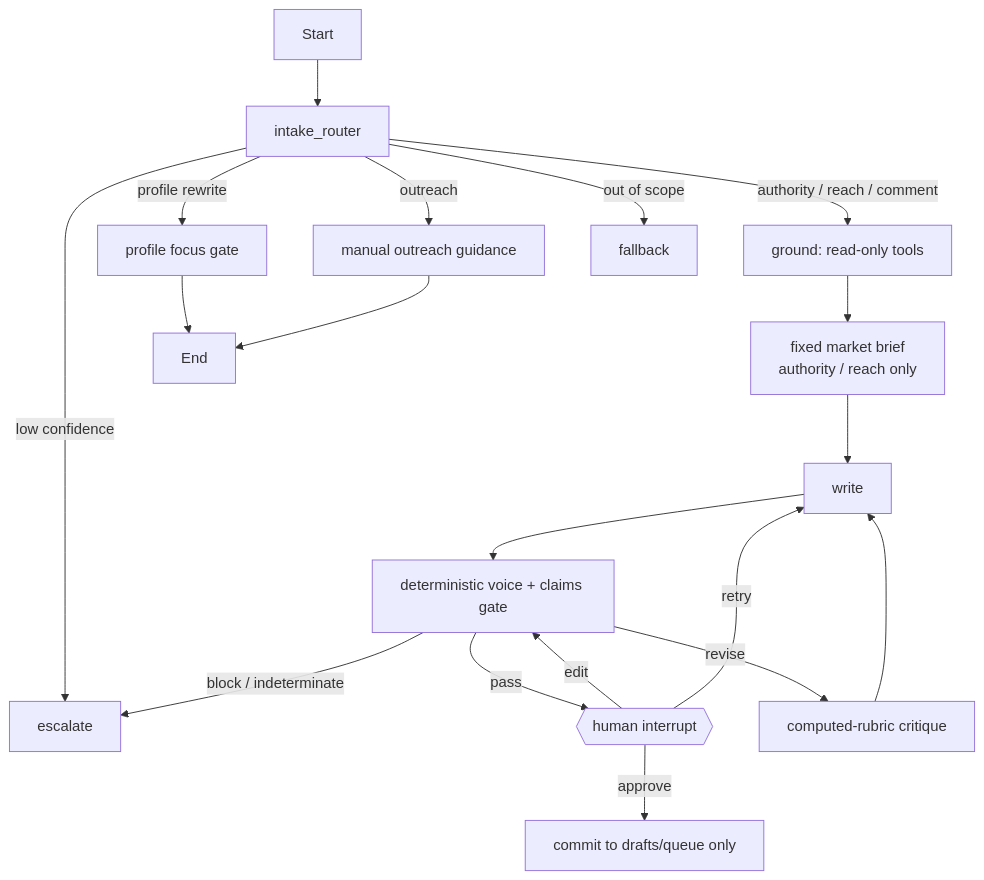
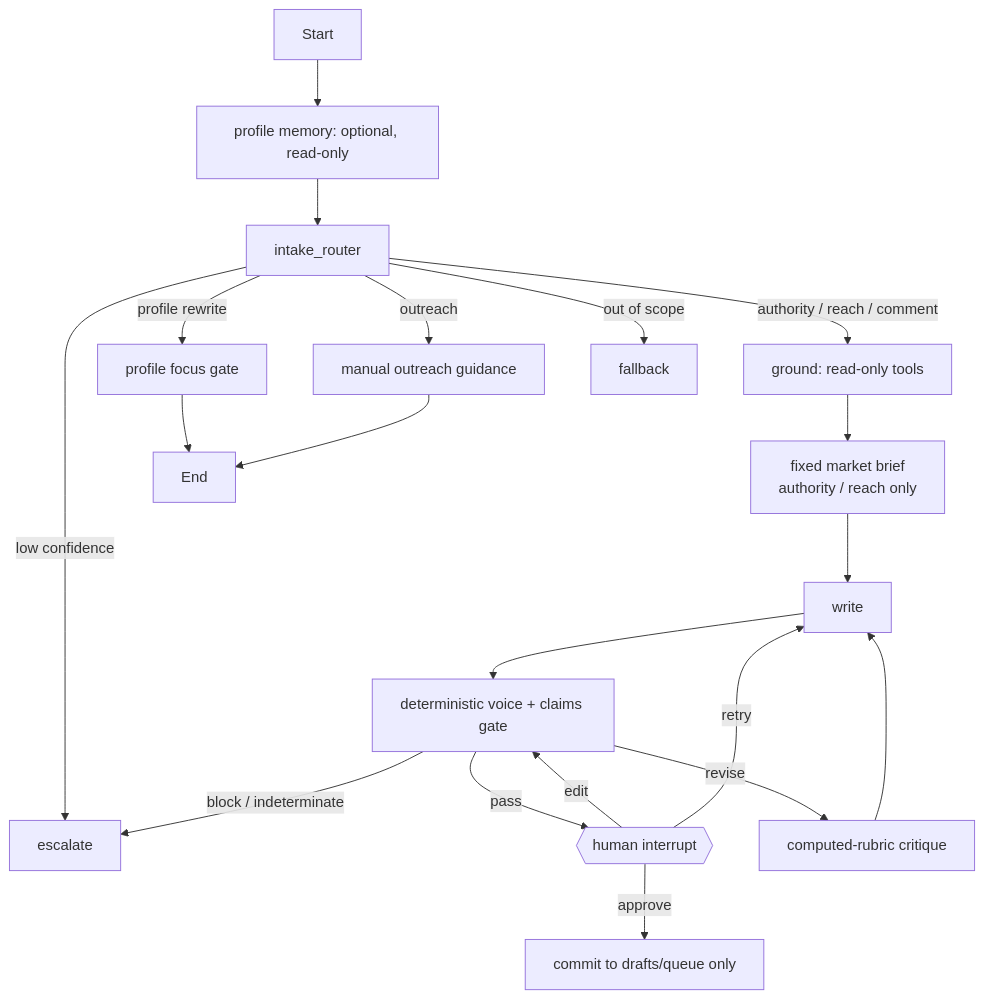
Before and after one commit to aiushe/linkedin-content-os: the diagram in docs/architecture.md, drawn with Mermaid. The commit also changed other lines of this file and 14 other files, not shown here.

Commit message:
Add approved Mem0 profile memory

````diff
--- a/docs/architecture.md
+++ b/docs/architecture.md
@@ -13,21 +13,22 @@
 ```mermaid
 flowchart TD
-    Start --> Router[intake_router]
+    Start --> Memory[profile memory: optional, read-only]
+    Memory --> Router[intake_router]
     Router -->|authority / reach / comment| Ground[ground: read-only tools]
     Router -->|profile rewrite| Profile[profile focus gate]
     Router -->|outreach| Outreach[manual outreach guidance]
     Router -->|low confidence| Escalate[escalate]
     Router -->|out of scope| Fallback[fallback]
     Ground --> Intel[fixed market brief\nauthority / reach only]
     Intel --> Write[write]
     Write --> Gate[deterministic voice + claims gate]
     Gate -->|pass| HITL{{human interrupt}}
     Gate -->|revise| Critique[computed-rubric critique]
     Gate -->|block / indeterminate| Escalate
     Critique --> Write
     HITL -->|approve| Commit[commit to drafts/queue only]
     HITL -->|edit| Gate
     HITL -->|retry| Write
     Profile --> End
     Outreach --> End
 ```
````
